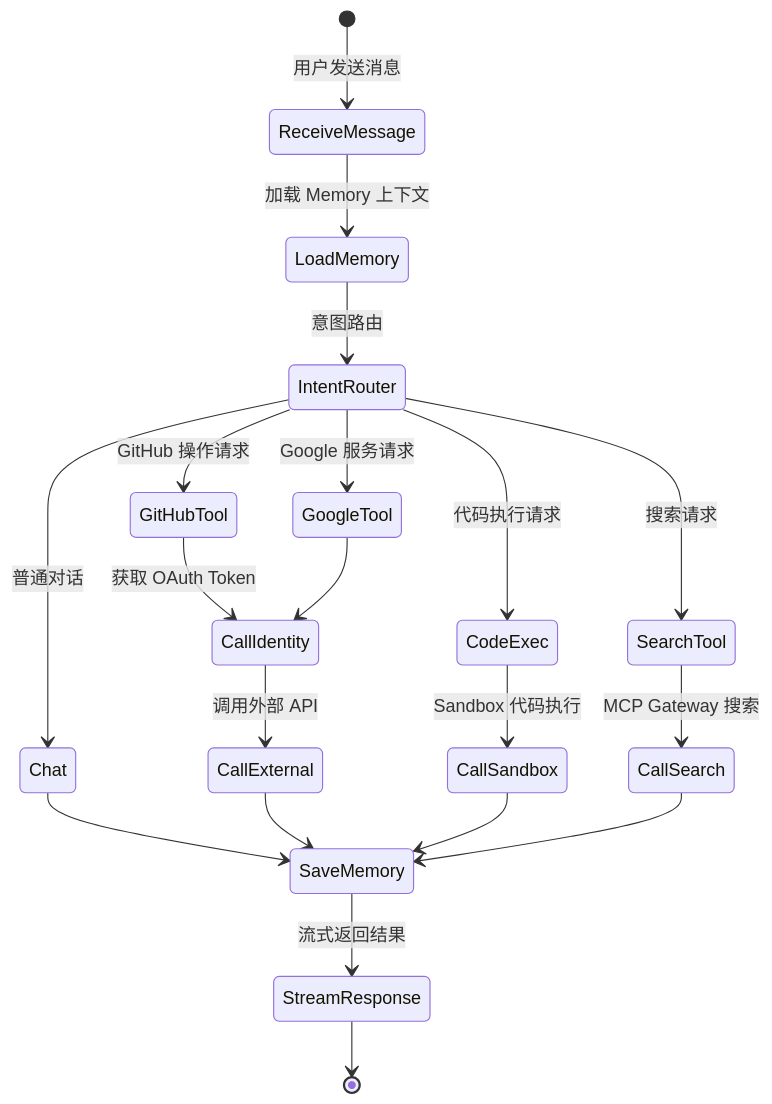
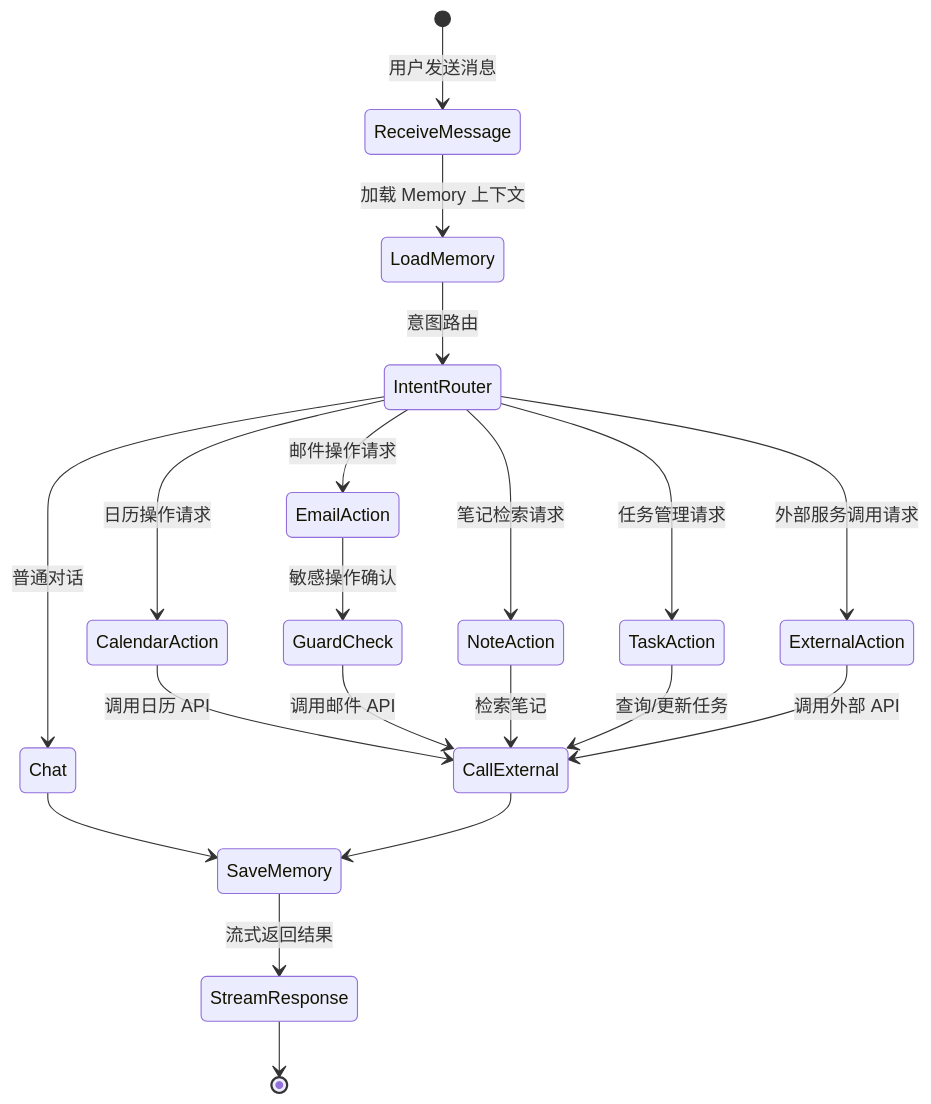
One commit to T-1009/personal-assistant changed the diagram in personal-assistant-meta/specs/overall_specifications.md. Above: the diagram before and after it, drawn with Mermaid. The commit also changed other lines of this file and 1 other file, not shown here.

````diff
--- a/personal-assistant-meta/specs/overall_specifications.md
+++ b/personal-assistant-meta/specs/overall_specifications.md
@@ -288,25 +106,25 @@
 ```mermaid
 stateDiagram-v2
     [*] --> ReceiveMessage: 用户发送消息
     ReceiveMessage --> LoadMemory: 加载 Memory 上下文
     LoadMemory --> IntentRouter: 意图路由
 
     IntentRouter --> Chat: 普通对话
-    IntentRouter --> GitHubTool: GitHub 操作请求
-    IntentRouter --> GoogleTool: Google 服务请求
-    IntentRouter --> CodeExec: 代码执行请求
-    IntentRouter --> SearchTool: 搜索请求
+    IntentRouter --> CalendarAction: 日历操作请求
+    IntentRouter --> EmailAction: 邮件操作请求
+    IntentRouter --> NoteAction: 笔记检索请求
+    IntentRouter --> TaskAction: 任务管理请求
+    IntentRouter --> ExternalAction: 外部服务调用请求
 
     Chat --> SaveMemory
-    GitHubTool --> CallIdentity: 获取 OAuth Token
-    CallIdentity --> CallExternal: 调用外部 API
+    CalendarAction --> CallExternal: 调用日历 API
+    EmailAction --> GuardCheck: 敏感操作确认
+    GuardCheck --> CallExternal: 调用邮件 API
+    NoteAction --> CallExternal: 检索笔记
+    TaskAction --> CallExternal: 查询/更新任务
+    ExternalAction --> CallExternal: 调用外部 API
+
     CallExternal --> SaveMemory
-    GoogleTool --> CallIdentity
-    CodeExec --> CallSandbox: Sandbox 代码执行
-    CallSandbox --> SaveMemory
-    SearchTool --> CallSearch: MCP Gateway 搜索
-    CallSearch --> SaveMemory
-
     SaveMemory --> StreamResponse: 流式返回结果
     StreamResponse --> [*]
 ```
````
